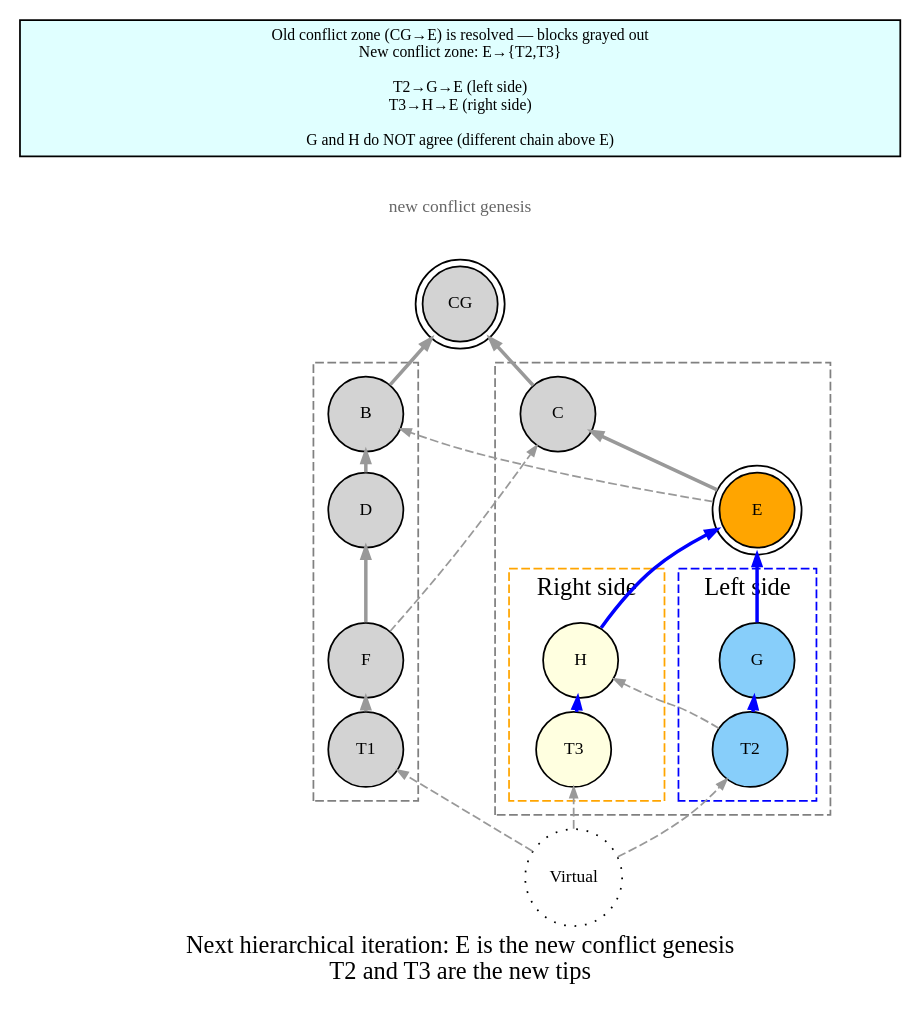
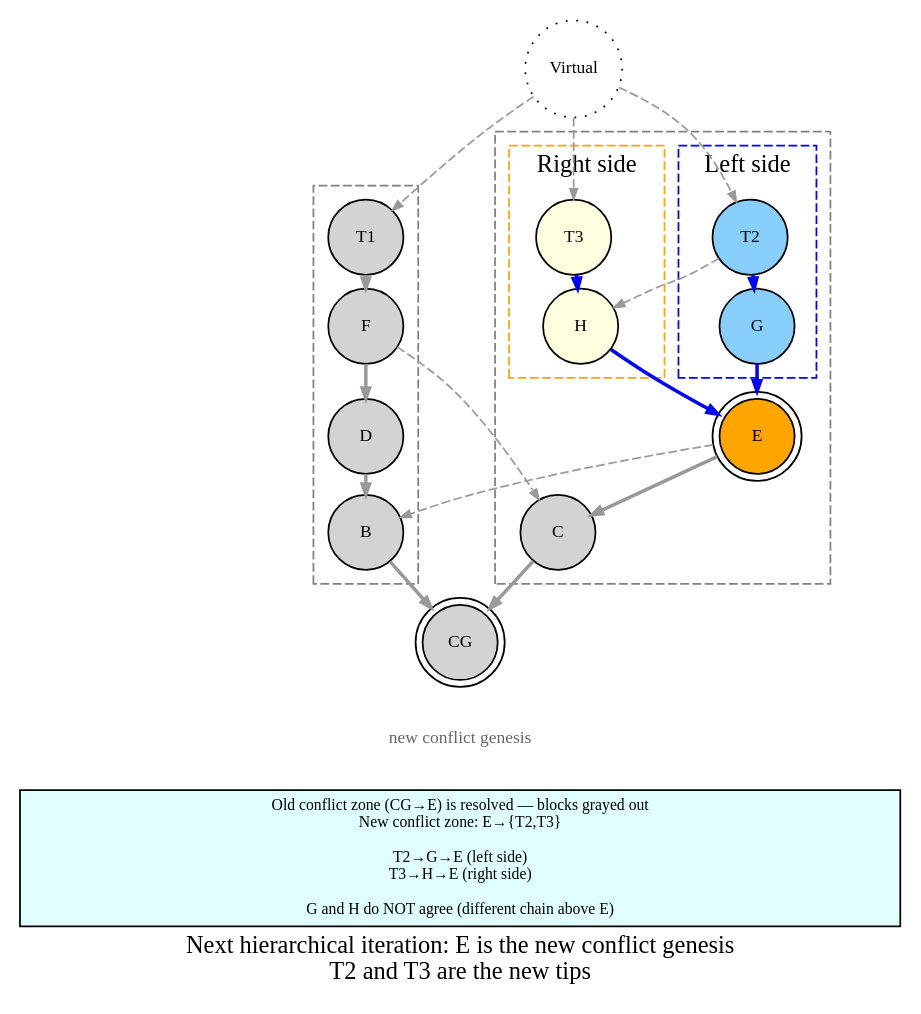
The diagram in dot/03-agreement-next-iteration.dot (coderofstuff/dk-wiki), drawn with Graphviz before and after one commit. The commit also changed 12 other files, not shown here.

```diff
--- a/dot/03-agreement-next-iteration.dot
+++ b/dot/03-agreement-next-iteration.dot
@@ -1,90 +1,90 @@
 digraph agreement_next_iteration {
-    rankdir=BT;
+    rankdir=TB;
     nodesep=0.8;
     ranksep=0.1;
     node [shape=circle, style=filled, fontsize=10, width=0.6, height=0.6];
     edge [arrowsize=0.6, color=gray60];
 
     label="Next hierarchical iteration: E is the new conflict genesis\nT2 and T3 are the new tips";
 
     CG [label="CG", fillcolor=lightgray, shape=doublecircle];
 
     // Virtual block
     Virtual [label="Virtual", shape=circle, style=dotted, fillcolor=white];
 
     // Left side: EXACT SAME as original
     subgraph cluster_left {
         label="";
-        labelloc=b;
+        labelloc=t;
         style="dashed";
         color=gray;
         B [label="B", fillcolor=lightgray];
         D [label="D", fillcolor=lightgray];
         F [label="F", fillcolor=lightgray];
         T1 [label="T1", fillcolor=lightgray];
     }
 
      // Right side: EXACT SAME as original
     subgraph cluster_right {
         label="";
-        labelloc=b;
+        labelloc=t;
         style="dashed";
         color=gray;
         C [label="C", fillcolor=lightgray];
         E [label="E", fillcolor=orange, shape=doublecircle];
         subgraph cluster_right_left {
             label="Left side";
-            labelloc=b;
+            labelloc=t;
             style="dashed";
             color=blue
             G [label="G", fillcolor=lightskyblue];
             T2 [label="T2", fillcolor=lightskyblue];
         }
 
         subgraph cluster_right_right {
             label="Right side";
-            labelloc=b;
+            labelloc=t;
             style="dashed";
             color=orange
             H [label="H", fillcolor=lightyellow];
             T3 [label="T3", fillcolor=lightyellow];
         }
     }
 
     // E label node
     E_lbl [label="new conflict genesis", shape=plaintext, style=filled, fillcolor=none, fontsize=10, fontcolor=gray40, width=0];
 
     // Annotation at bottom
     NOTE [label="Old conflict zone (CG→E) is resolved — blocks grayed out\nNew conflict zone: E→{T2,T3}\n\nT2→G→E (left side)\nT3→H→E (right side)\n\nG and H do NOT agree (different chain above E)", shape=box, style=filled, fillcolor=lightcyan, fontsize=9, width=7];
 
     // Blue edges = selected parent (chain-parent path)
     D -> B [color=gray60, penwidth=2.0];
     F -> D [color=gray60, penwidth=2.0];
     T1 -> F [color=gray60, penwidth=2.0];
     E -> C [color=gray60, penwidth=2.0];
     G -> E [color=blue, penwidth=2.0];
     T2 -> G [color=blue, penwidth=2.0];
     H -> E [color=blue, penwidth=2.0];
     T3 -> H [color=blue, penwidth=2.0];
 
     // Blue to CG (selected parent of B and C)
     B -> CG [color=gray60, penwidth=2.0];
     C -> CG [color=gray60, penwidth=2.0];
 
     // Gray dashed = non-selected parent
     T2 -> H [color=gray60, penwidth=1.0, style=dashed];
     F -> C [color=gray60, penwidth=1.0, style=dashed];
     E -> B [color=gray60, penwidth=1.0, style=dashed];
 
     // E label close to E
     E -> E_lbl [style=invis, constraint=false];
 
     // Bottom chain from CG
     CG -> E_lbl [style=invis];
     E_lbl -> NOTE [style=invis];
 
     // Virtual block points to all tips
     Virtual -> T1 [color=gray60, penwidth=1.0, style=dashed];
     Virtual -> T2 [color=gray60, penwidth=1.0, style=dashed];
     Virtual -> T3 [color=gray60, penwidth=1.0, style=dashed];
 }
```
